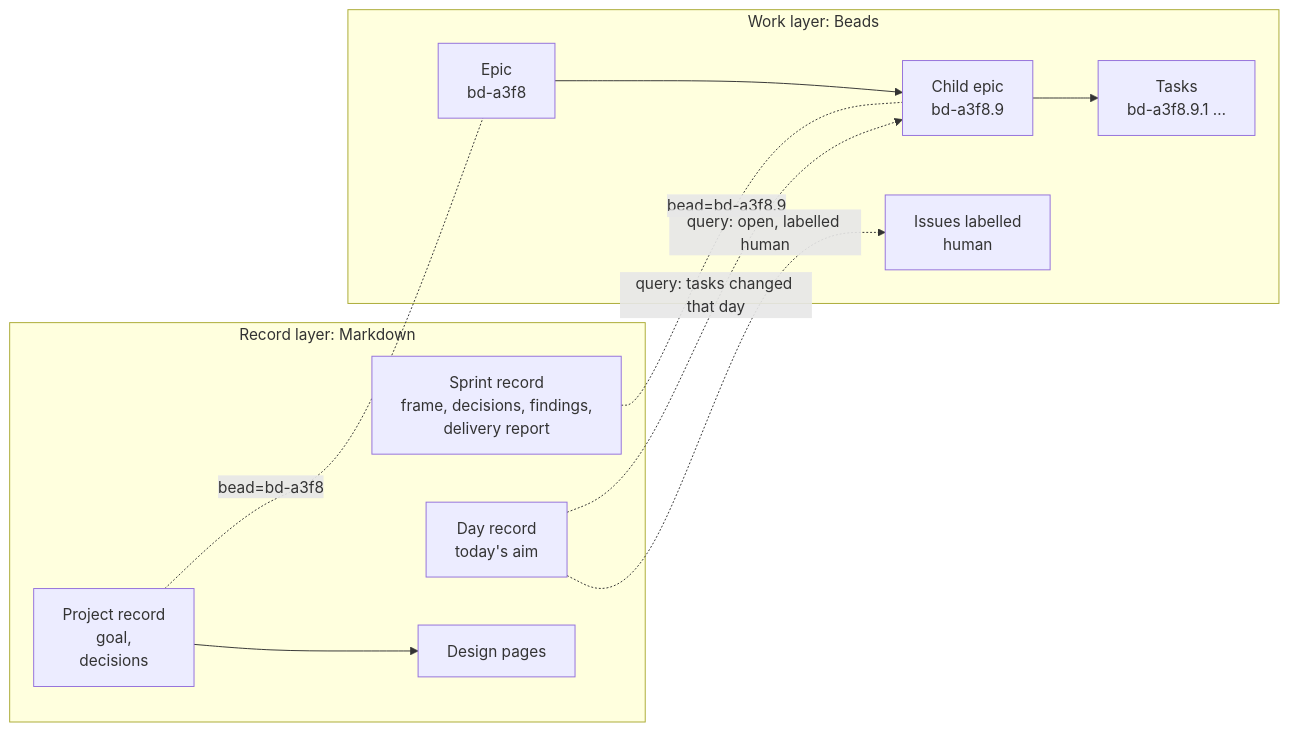
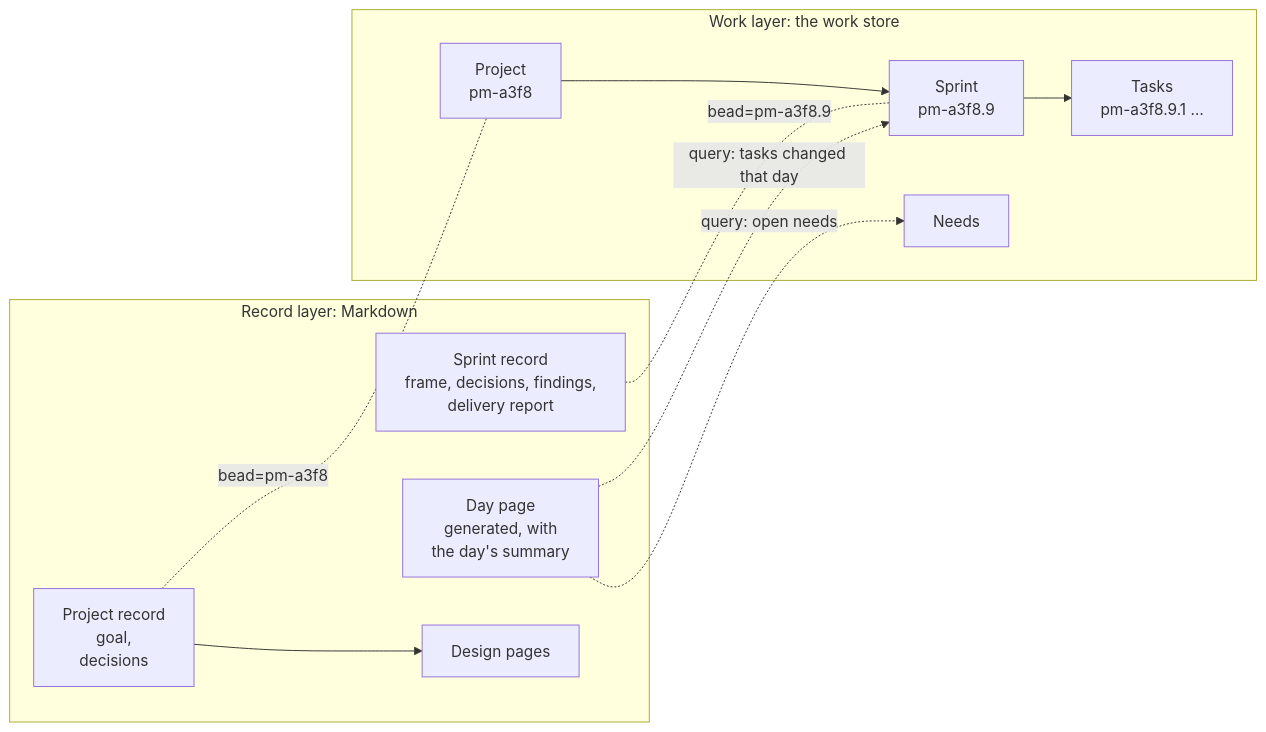
The diagram in design/record-layer.md (Yeeef/pm), drawn with Mermaid before and after one commit. The commit also changed other lines of this file and 1 other file, not shown here.

Commit message:
pm-records sprint 1: records-store and record-layer pages at the code's current state

````diff
--- a/design/record-layer.md
+++ b/design/record-layer.md
@@ -54,21 +54,21 @@
 ```mermaid
 flowchart LR
-  subgraph W["Work layer: Beads"]
-    E["Epic<br/>bd-a3f8"]
-    C["Child epic<br/>bd-a3f8.9"]
-    T["Tasks<br/>bd-a3f8.9.1 …"]
-    N["Issues labelled<br/>human"]
+  subgraph W["Work layer: the work store"]
+    E["Project<br/>pm-a3f8"]
+    C["Sprint<br/>pm-a3f8.9"]
+    T["Tasks<br/>pm-a3f8.9.1 …"]
+    N["Needs"]
     E --> C --> T
   end
   subgraph R["Record layer: Markdown"]
     P["Project record<br/>goal,<br/>decisions"]
     S["Sprint record<br/>frame, decisions, findings,<br/>delivery report"]
-    D["Day record<br/>today's aim"]
+    D["Day page<br/>generated, with<br/>the day's summary"]
     DP["Design pages"]
   end
-  P -. "bead=bd-a3f8" .- E
-  S -. "bead=bd-a3f8.9" .- C
+  P -. "bead=pm-a3f8" .- E
+  S -. "bead=pm-a3f8.9" .- C
   D -. "query: tasks changed that day" .-> C
-  D -. "query: open, labelled human" .-> N
+  D -. "query: open needs" .-> N
   P --> DP
 ```
````
